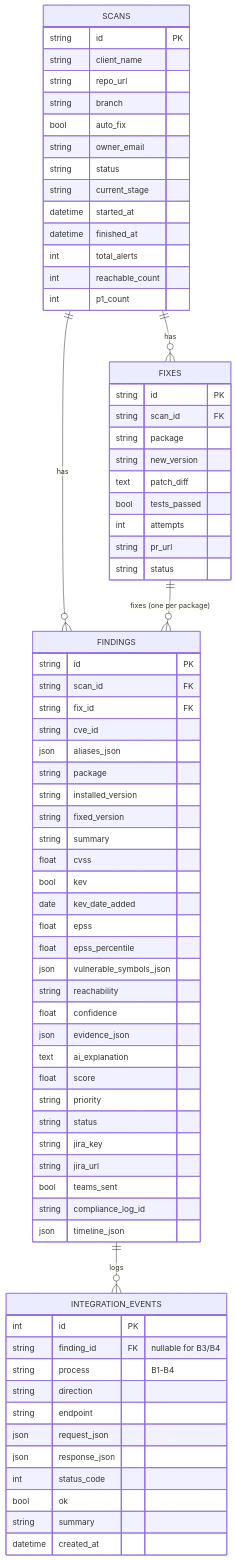
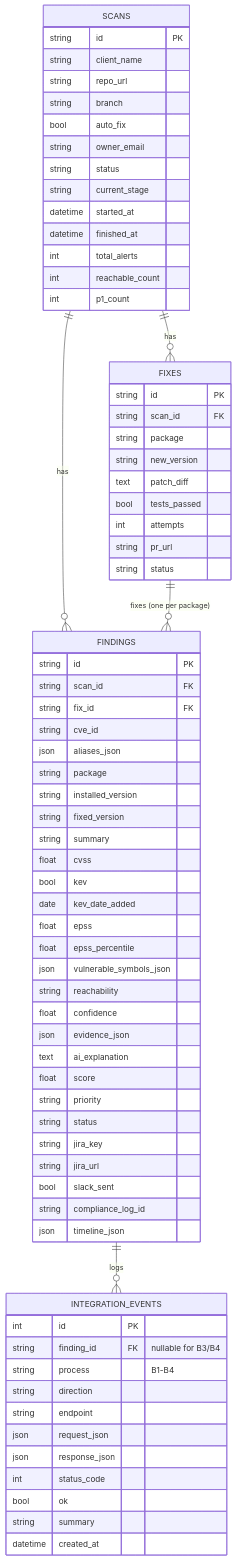
One commit to BommepalliRoop/patchpilot-dryrun changed the eighth of 11 diagrams in docs/DIAGRAMS.md. Above: the diagram before and after it, drawn with Mermaid. The commit also changed other lines of this file and 23 other files, not shown here.

First line of the commit message:
Use Slack instead of Microsoft Teams for alerts and summaries

````diff
--- a/docs/DIAGRAMS.md
+++ b/docs/DIAGRAMS.md
@@ -273,76 +273,76 @@
 ```mermaid
 erDiagram
     SCANS ||--o{ FINDINGS : has
     SCANS ||--o{ FIXES : has
     FIXES ||--o{ FINDINGS : "fixes (one per package)"
     FINDINGS ||--o{ INTEGRATION_EVENTS : logs
 
     SCANS {
         string id PK
         string client_name
         string repo_url
         string branch
         bool auto_fix
         string owner_email
         string status
         string current_stage
         datetime started_at
         datetime finished_at
         int total_alerts
         int reachable_count
         int p1_count
     }
     FINDINGS {
         string id PK
         string scan_id FK
         string fix_id FK
         string cve_id
         json aliases_json
         string package
         string installed_version
         string fixed_version
         string summary
         float cvss
         bool kev
         date kev_date_added
         float epss
         float epss_percentile
         json vulnerable_symbols_json
         string reachability
         float confidence
         json evidence_json
         text ai_explanation
         float score
         string priority
         string status
         string jira_key
         string jira_url
-        bool teams_sent
+        bool slack_sent
         string compliance_log_id
         json timeline_json
     }
     FIXES {
         string id PK
         string scan_id FK
         string package
         string new_version
         text patch_diff
         bool tests_passed
         int attempts
         string pr_url
         string status
     }
     INTEGRATION_EVENTS {
         int id PK
         string finding_id FK "nullable for B3/B4"
         string process "B1-B4"
         string direction
         string endpoint
         json request_json
         json response_json
         int status_code
         bool ok
         string summary
         datetime created_at
     }
 ```
````
